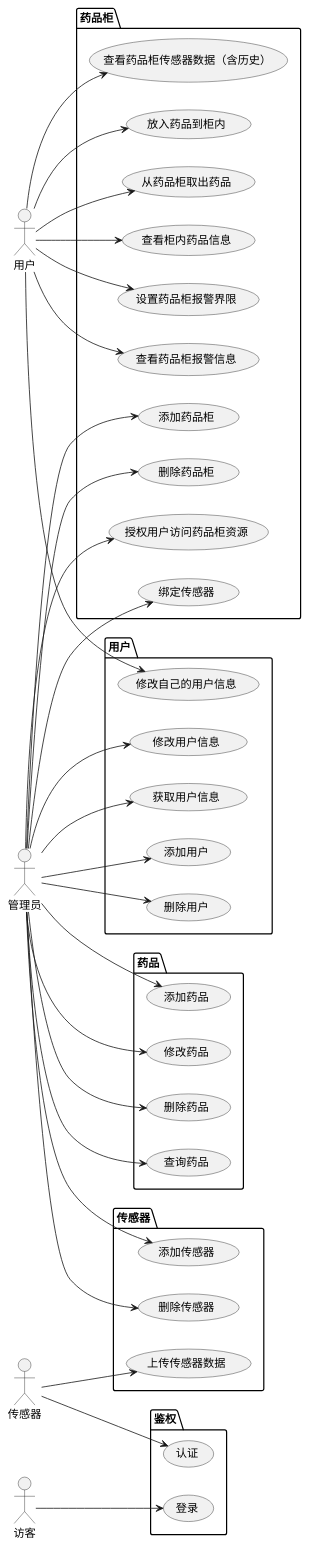
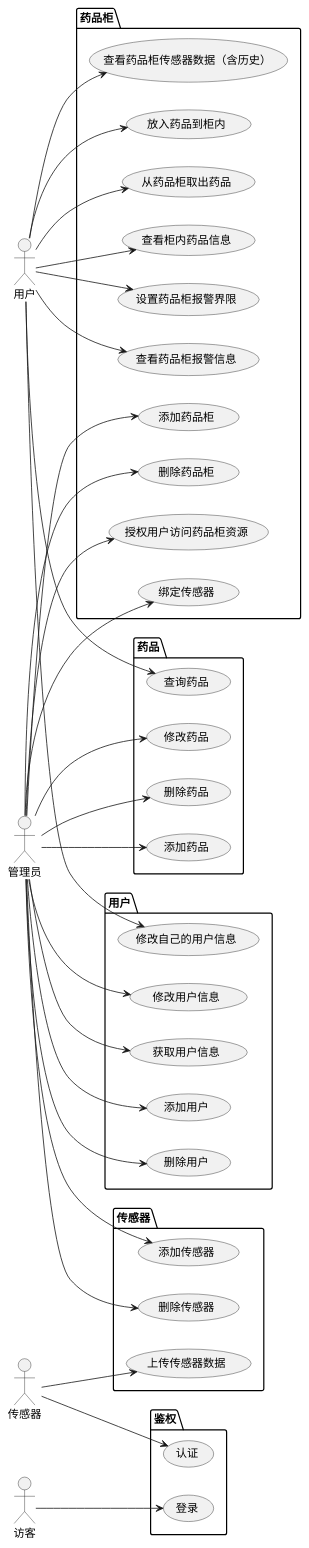
Before and after one commit to Grapedge/smart-medicine-cabinet: the first of 2 diagrams in docs/project.md, drawn with PlantUML. The commit also changed other lines of this file and 8 other files, not shown here.

````diff
--- a/docs/project.md
+++ b/docs/project.md
@@ -5,56 +5,56 @@
 ```plantuml
 @startuml
 left to right direction
 actor 管理员 as Admin
 actor 用户 as User
 actor 访客 as Guest
 
 actor 传感器 as Sensor
 
 package 用户 {
   Admin --> (添加用户)
   Admin --> (删除用户)
   Admin --> (修改用户信息)
   Admin --> (获取用户信息)
   User --> (修改自己的用户信息)
 }
 
 package 鉴权 {
   Guest --> (登录)
   Sensor --> (认证)
 }
 
 package 药品柜 {
   ' 药品柜资源管理
   Admin --> (添加药品柜)
   Admin --> (删除药品柜)
   Admin --> (授权用户访问药品柜资源)
 
   ' 传感器
   Admin --> (绑定传感器)
   User --> (查看药品柜传感器数据（含历史）)
 
   ' 药品数据
   User --> (放入药品到柜内)
   User --> (从药品柜取出药品)
   User --> (查看柜内药品信息)
 
   ' 报警数据
   User --> (设置药品柜报警界限)
   User --> (查看药品柜报警信息)
 }
 
 package 传感器 {
   Admin --> (添加传感器)
   Admin --> (删除传感器)
   Sensor --> (上传传感器数据)
 }
 
 package 药品 {
   Admin --> (添加药品)
   Admin --> (修改药品)
   Admin --> (删除药品)
-  Admin --> (查询药品)
+  User --> (查询药品)
 }
 @enduml
 ```
````
